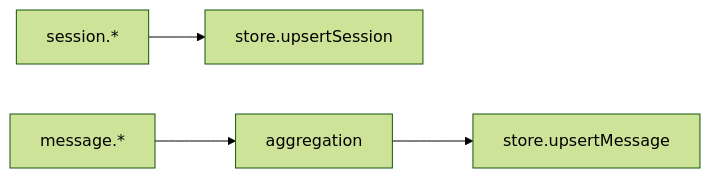
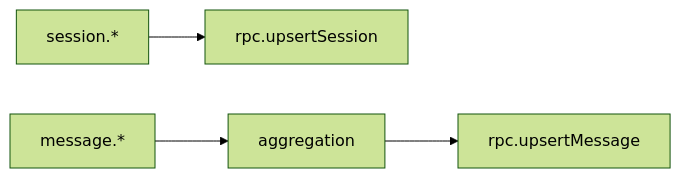
One commit to dxta-dev/clankers changed the diagram in lode/opencode/event-handling.md. Above: the diagram before and after it, drawn with Mermaid (forest theme). The commit also changed other lines of this file and 30 other files, not shown here.

````diff
--- a/lode/opencode/event-handling.md
+++ b/lode/opencode/event-handling.md
@@ -22,6 +22,6 @@
 ```mermaid
 flowchart LR
-  SessionEvents[session.*] --> SessionUpsert[store.upsertSession]
+  SessionEvents[session.*] --> SessionUpsert[rpc.upsertSession]
   MessageEvents[message.*] --> Aggregate[aggregation]
-  Aggregate --> MessageUpsert[store.upsertMessage]
+  Aggregate --> MessageUpsert[rpc.upsertMessage]
 ```
````
